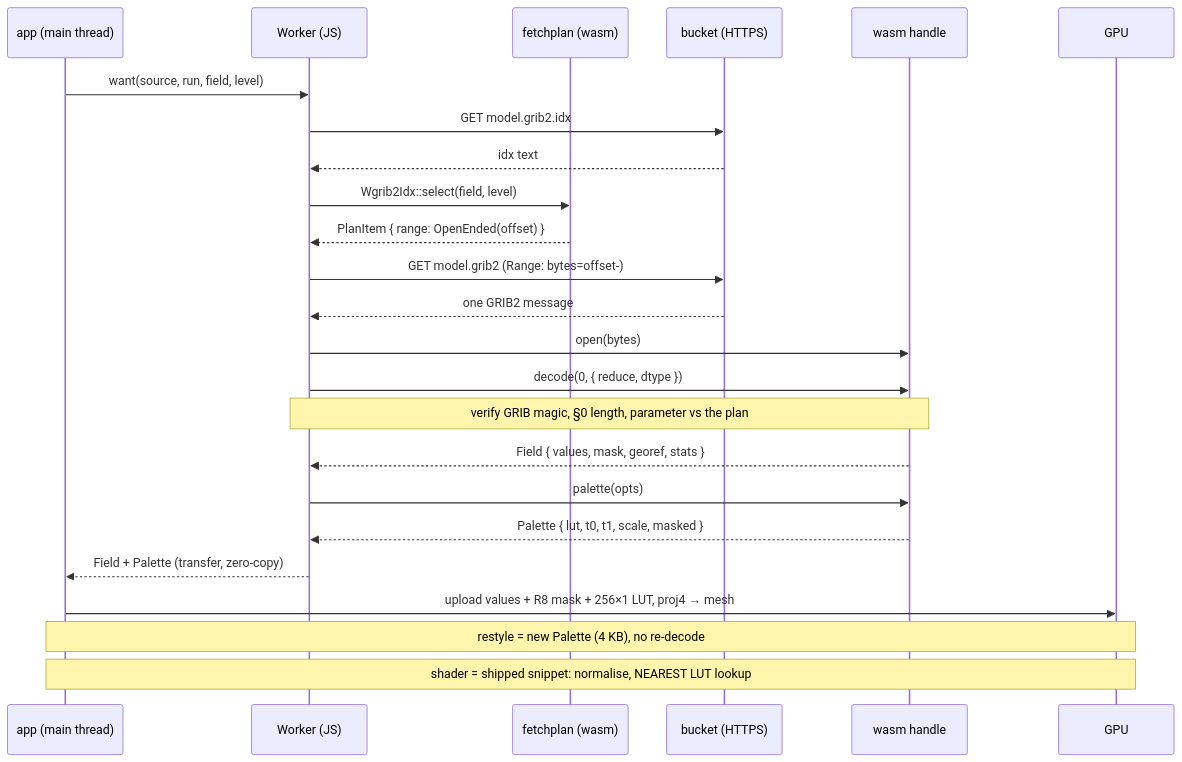
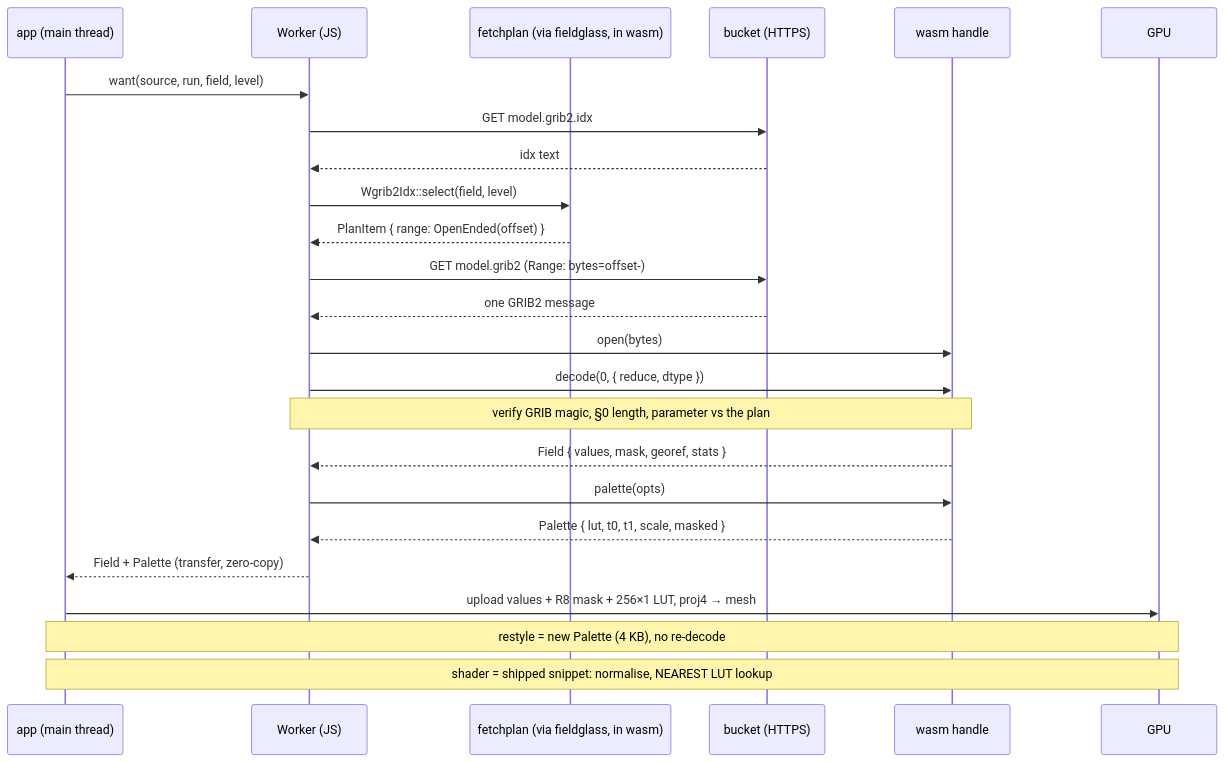
Before and after one commit to D0ubleD0uble/fieldglass: the second of 2 diagrams in docs/architecture/planned/04-hosts.md, drawn with Mermaid. The commit also changed 1 other file, not shown here.

Commit message:
docs(architecture): route fetchplan through the fieldglass umbrella
A host depends on fieldglass only (ADR-0006); the direct wasm → fetchplan
edge contradicted that. fieldglass now depends on fetchplan and exposes it.

Claude-Session: https://claude.ai/code/session_01HXQLdNBg23o81NEfApXYhF

````diff
--- a/docs/architecture/planned/04-hosts.md
+++ b/docs/architecture/planned/04-hosts.md
@@ -37,27 +37,27 @@
 ```mermaid
 sequenceDiagram
     participant A as app (main thread)
     participant W as Worker (JS)
-    participant P as fetchplan (wasm)
+    participant P as fetchplan (via fieldglass, in wasm)
     participant B as bucket (HTTPS)
     participant H as wasm handle
     participant G as GPU
 
     A->>W: want(source, run, field, level)
     W->>B: GET model.grib2.idx
     B-->>W: idx text
     W->>P: Wgrib2Idx::select(field, level)
     P-->>W: PlanItem { range: OpenEnded(offset) }
     W->>B: GET model.grib2 (Range: bytes=offset-)
     B-->>W: one GRIB2 message
     W->>H: open(bytes)
     W->>H: decode(0, { reduce, dtype })
     Note over W,H: verify GRIB magic, §0 length, parameter vs the plan
     H-->>W: Field { values, mask, georef, stats }
     W->>H: palette(opts)
     H-->>W: Palette { lut, t0, t1, scale, masked }
     W-->>A: Field + Palette (transfer, zero-copy)
     A->>G: upload values + R8 mask + 256×1 LUT, proj4 → mesh
     Note over A,G: restyle = new Palette (4 KB), no re-decode
     Note over A,G: shader = shipped snippet: normalise, NEAREST LUT lookup
 ```
````
